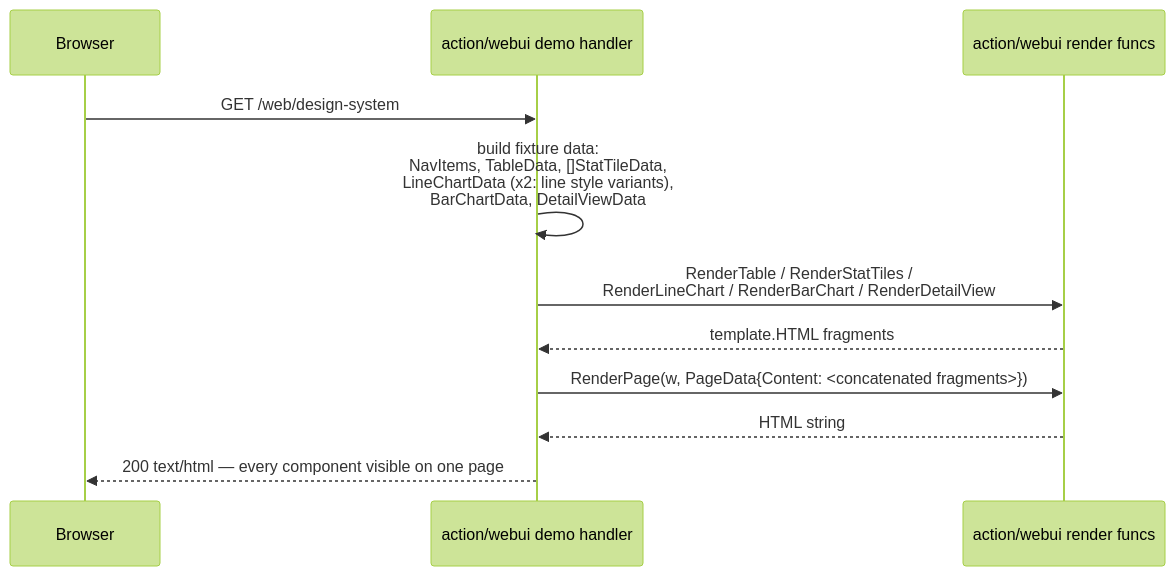
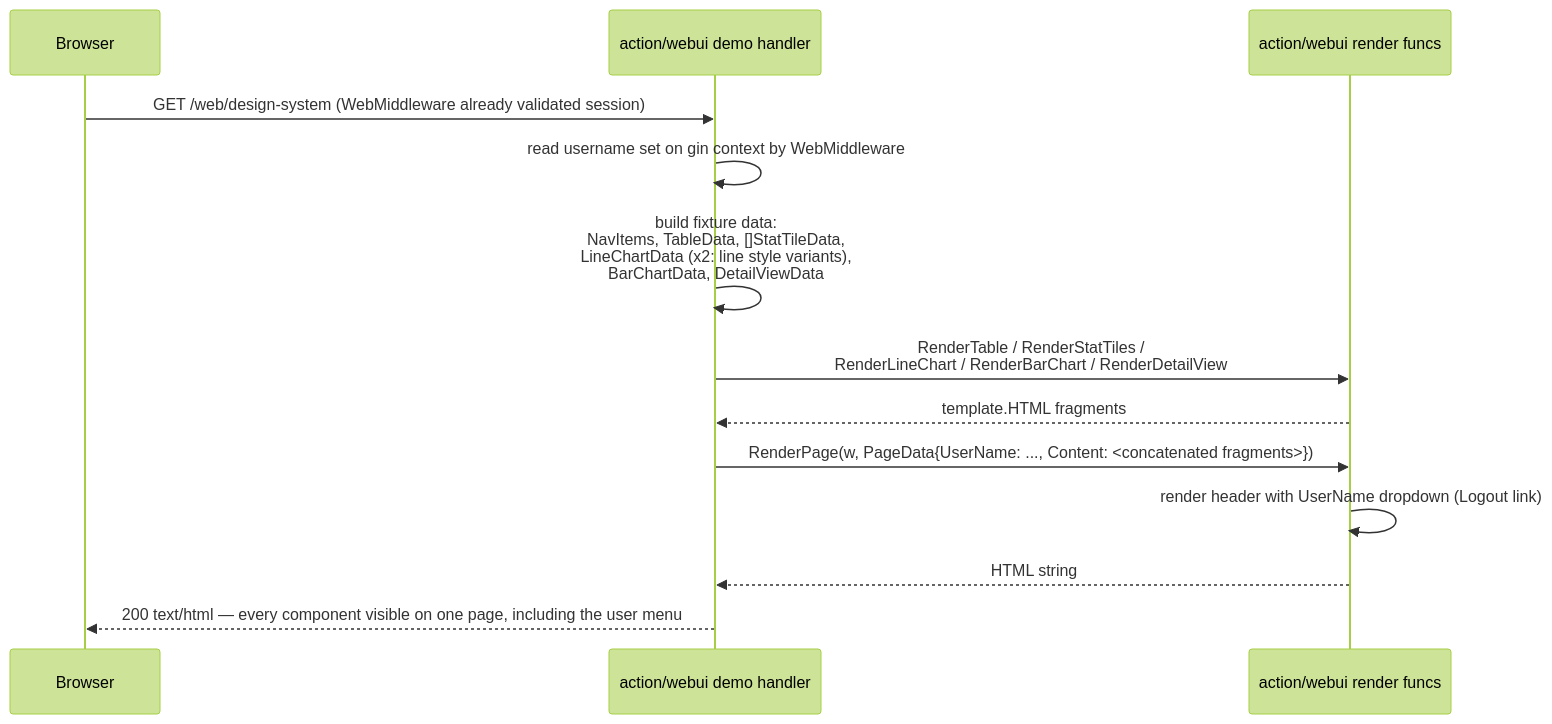
Before and after one commit to rusinikita/personal: the second of 4 diagrams in docs/functions/webui-spec.md, drawn with Mermaid (forest theme). The commit also changed other lines of this file and 10 other files, not shown here.

First line of the commit message:
feat: add cookie-based web session login for /web/* dashboards

````diff
--- a/docs/functions/webui-spec.md
+++ b/docs/functions/webui-spec.md
@@ -91,14 +93,16 @@
 ```mermaid
 sequenceDiagram
     participant Browser
     participant Demo as action/webui demo handler
     participant Webui as action/webui render funcs
 
-    Browser->>Demo: GET /web/design-system
+    Browser->>Demo: GET /web/design-system (WebMiddleware already validated session)
+    Demo->>Demo: read username set on gin context by WebMiddleware
     Demo->>Demo: build fixture data:<br/>NavItems, TableData, []StatTileData,<br/>LineChartData (x2: line style variants),<br/>BarChartData, DetailViewData
     Demo->>Webui: RenderTable / RenderStatTiles /<br/>RenderLineChart / RenderBarChart / RenderDetailView
     Webui-->>Demo: template.HTML fragments
-    Demo->>Webui: RenderPage(w, PageData{Content: <concatenated fragments>})
+    Demo->>Webui: RenderPage(w, PageData{UserName: ..., Content: <concatenated fragments>})
+    Webui->>Webui: render header with UserName dropdown (Logout link)
     Webui-->>Demo: HTML string
-    Demo-->>Browser: 200 text/html — every component visible on one page
+    Demo-->>Browser: 200 text/html — every component visible on one page, including the user menu
 ```
````
